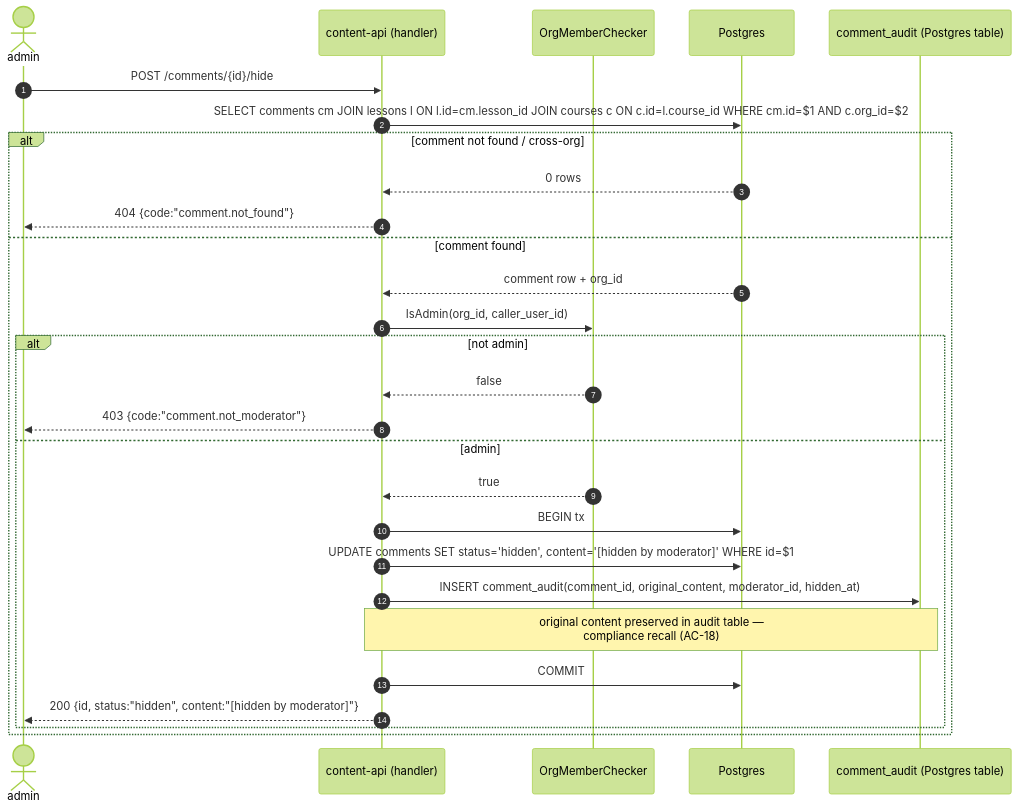
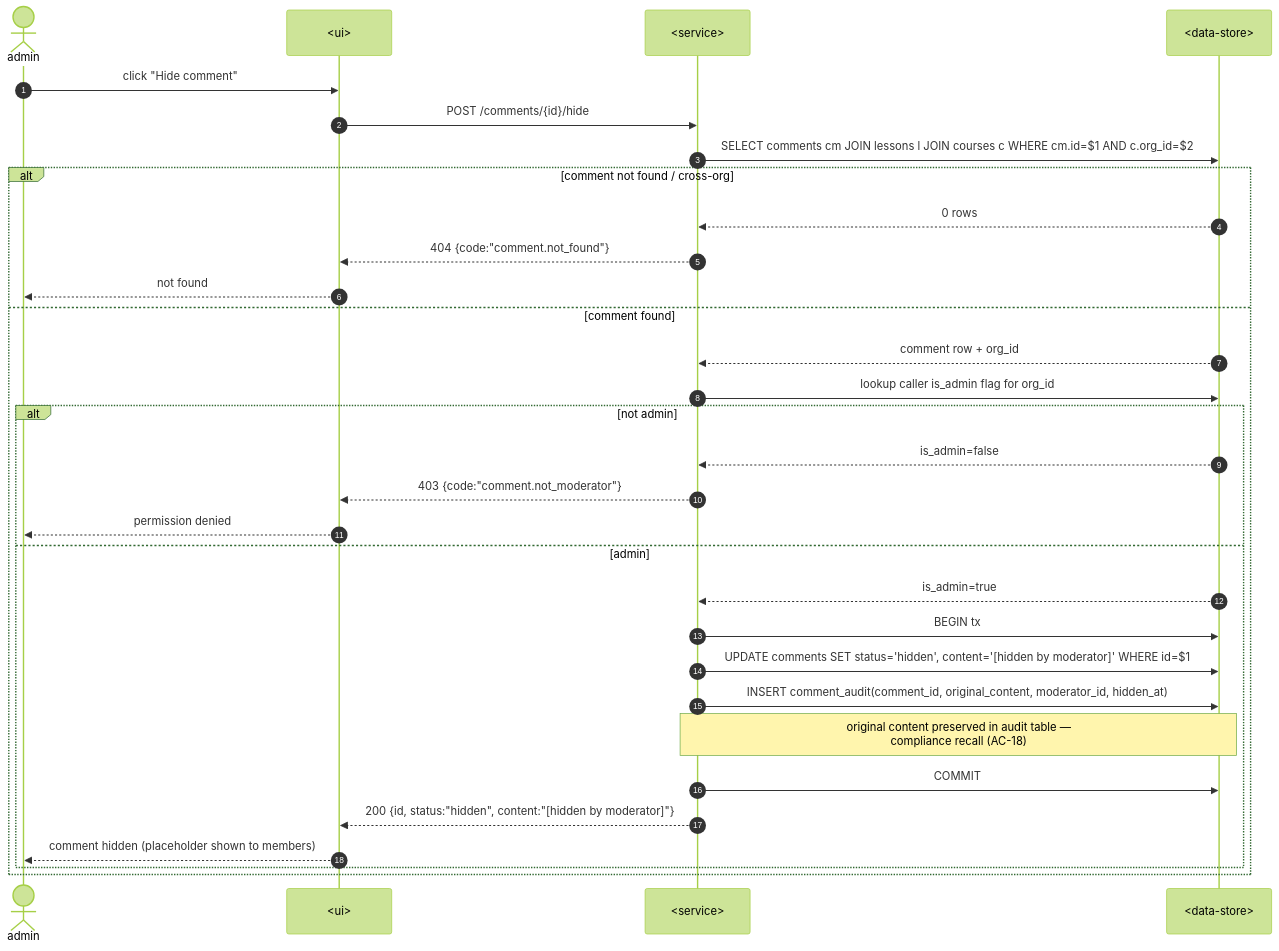
Diagram 12 of 13 in modules/6-sdlc/sdlc/examples/course-lesson-mvp/sad.md (genkovich/agentic-engineering-course-public), drawn with Mermaid (forest theme) before and after one commit. The commit also changed other lines of this file and 139 other files, not shown here.

First line of the commit message:
sdlc: синк плагіна до v4.5.1 (21 skill, agents, map-architecture)

````diff
--- a/modules/6-sdlc/sdlc/examples/course-lesson-mvp/sad.md
+++ b/modules/6-sdlc/sdlc/examples/course-lesson-mvp/sad.md
@@ -479,32 +540,34 @@
 ```mermaid
 sequenceDiagram
     autonumber
     actor A as admin
-    participant API as content-api (handler)
-    participant OMC as OrgMemberChecker
-    participant DB as Postgres
-    participant AUD as comment_audit (Postgres table)
+    participant UI as <ui>
+    participant SVC as <service>
+    participant DS as <data-store>
 
-    %% TODO: align with openapi.yaml — POST /comments/{id}/hide not yet in contract
-    A->>API: POST /comments/{id}/hide
-    API->>DB: SELECT comments cm JOIN lessons l ON l.id=cm.lesson_id JOIN courses c ON c.id=l.course_id WHERE cm.id=$1 AND c.org_id=$2
+    A->>UI: click "Hide comment"
+    UI->>SVC: POST /comments/{id}/hide
+    SVC->>DS: SELECT comments cm JOIN lessons l JOIN courses c WHERE cm.id=$1 AND c.org_id=$2
     alt comment not found / cross-org
-        DB-->>API: 0 rows
-        API-->>A: 404 {code:"comment.not_found"}
+        DS-->>SVC: 0 rows
+        SVC-->>UI: 404 {code:"comment.not_found"}
+        UI-->>A: not found
     else comment found
-        DB-->>API: comment row + org_id
-        API->>OMC: IsAdmin(org_id, caller_user_id)
+        DS-->>SVC: comment row + org_id
+        SVC->>DS: lookup caller is_admin flag for org_id
         alt not admin
-            OMC-->>API: false
-            API-->>A: 403 {code:"comment.not_moderator"}
+            DS-->>SVC: is_admin=false
+            SVC-->>UI: 403 {code:"comment.not_moderator"}
+            UI-->>A: permission denied
         else admin
-            OMC-->>API: true
-            API->>DB: BEGIN tx
-            API->>DB: UPDATE comments SET status='hidden', content='[hidden by moderator]' WHERE id=$1
-            API->>AUD: INSERT comment_audit(comment_id, original_content, moderator_id, hidden_at)
-            Note over API, AUD: original content preserved in audit table —<br/>compliance recall (AC-18)
-            API->>DB: COMMIT
-            API-->>A: 200 {id, status:"hidden", content:"[hidden by moderator]"}
+            DS-->>SVC: is_admin=true
+            SVC->>DS: BEGIN tx
+            SVC->>DS: UPDATE comments SET status='hidden', content='[hidden by moderator]' WHERE id=$1
+            SVC->>DS: INSERT comment_audit(comment_id, original_content, moderator_id, hidden_at)
+            Note over SVC, DS: original content preserved in audit table —<br/>compliance recall (AC-18)
+            SVC->>DS: COMMIT
+            SVC-->>UI: 200 {id, status:"hidden", content:"[hidden by moderator]"}
+            UI-->>A: comment hidden (placeholder shown to members)
         end
     end
 ```
````
